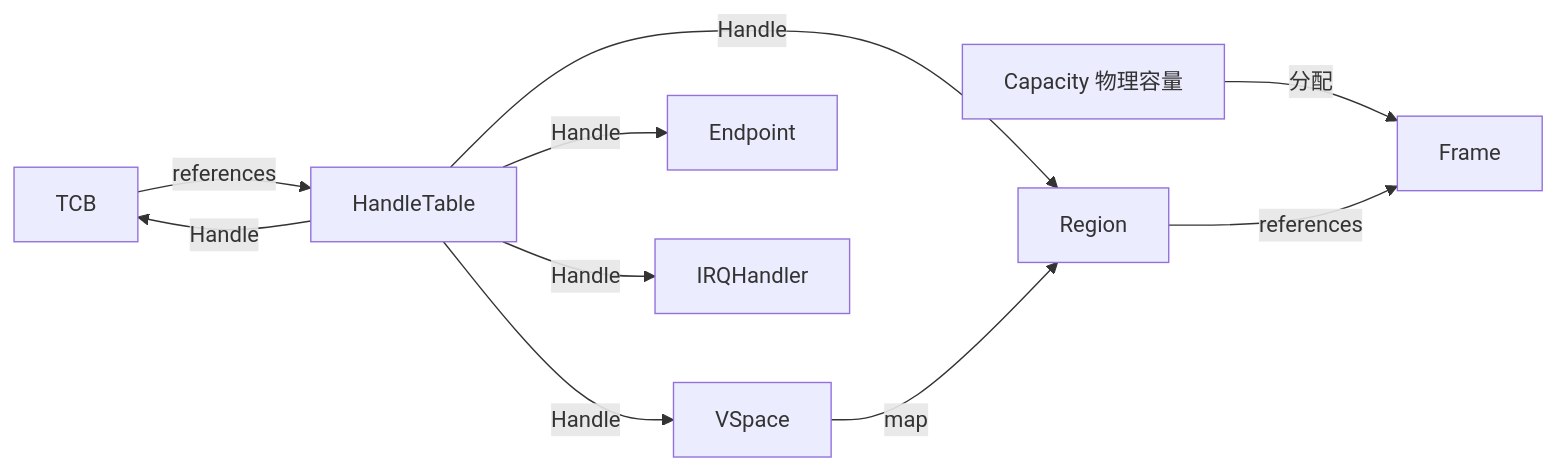
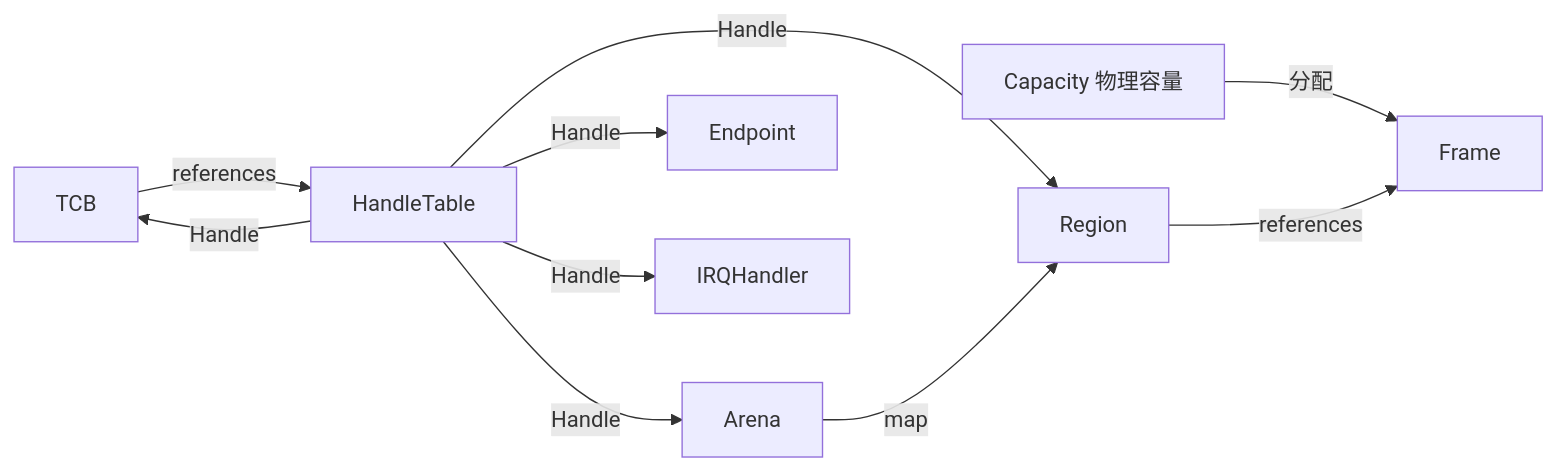
The second of 5 diagrams in docs/architecture.md (hongweifei/HolyKernel), drawn with Mermaid before and after one commit. The commit also changed other lines of this file and 35 other files, not shown here.

````diff
--- a/docs/architecture.md
+++ b/docs/architecture.md
@@ -124,12 +129,12 @@
 ```mermaid
 flowchart LR
     Capacity["Capacity 物理容量"] -->|分配| Frame["Frame"]
     TCB["TCB"] -->|references| HandleTable["HandleTable"]
     HandleTable -->|Handle| TCB
-    HandleTable -->|Handle| VSpace
+    HandleTable -->|Handle| Arena
     HandleTable -->|Handle| Region["Region"]
     HandleTable -->|Handle| Endpoint["Endpoint"]
     HandleTable -->|Handle| IRQ["IRQHandler"]
-    VSpace -->|map| Region
+    Arena -->|map| Region
     Region -->|references| Frame
 ```
````
